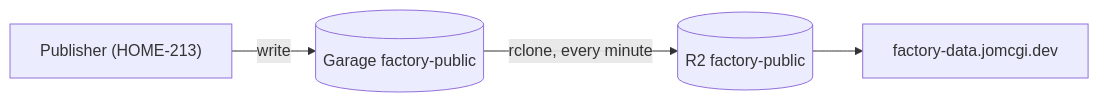
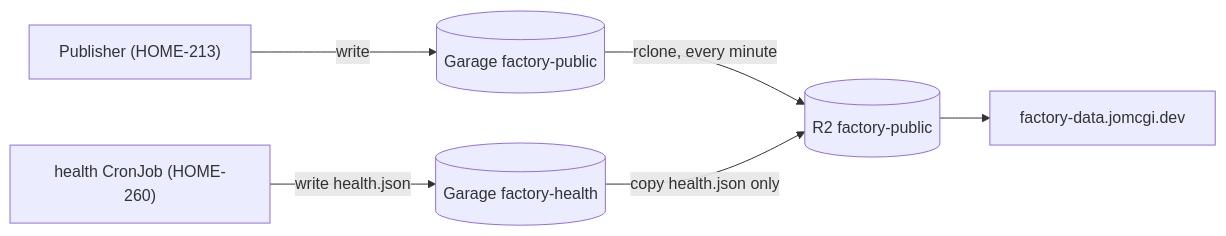
Before and after one commit to jomcgi-org/homelab: the diagram in projects/factory-public/README.md, drawn with Mermaid. The commit also changed other lines of this file and 21 other files, not shown here.

First line of the commit message:
feat(factory-public): publish factory health as static data through R2

````diff
--- a/projects/factory-public/README.md
+++ b/projects/factory-public/README.md
@@ -11,6 +11,8 @@
 ```mermaid
 flowchart LR
   publisher["Publisher (HOME-213)"] -- write --> garage[("Garage factory-public")]
+  health["health CronJob (HOME-260)"] -- "write health.json" --> hgarage[("Garage factory-health")]
   garage -- "rclone, every minute" --> r2[("R2 factory-public")]
+  hgarage -- "copy health.json only" --> r2
   r2 --> cdn["factory-data.jomcgi.dev"]
 ```
````
